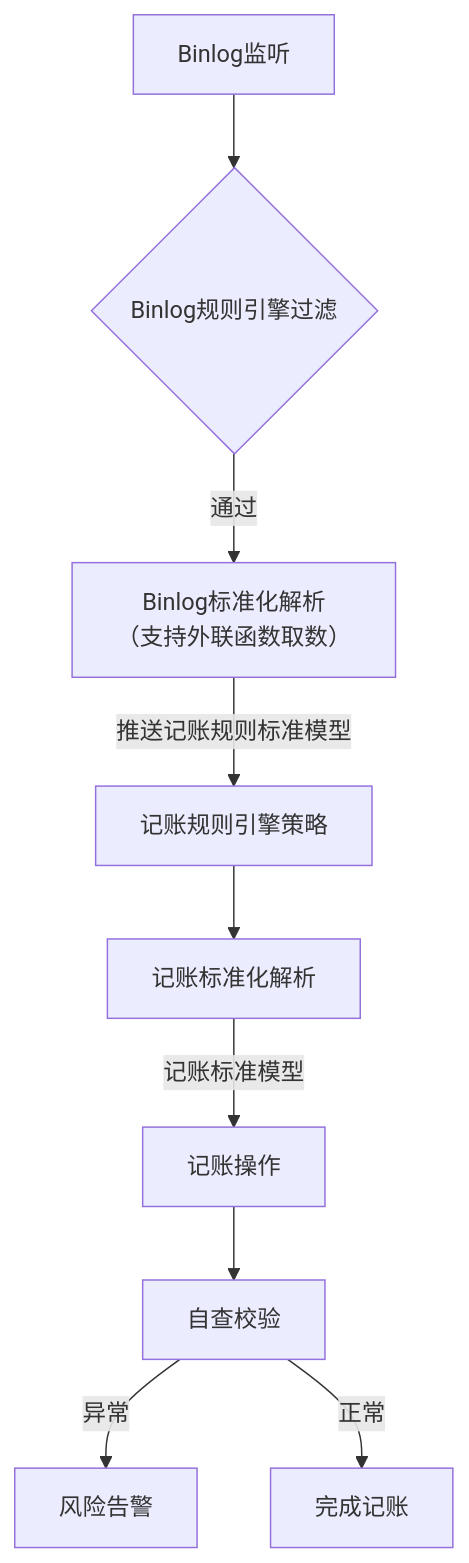
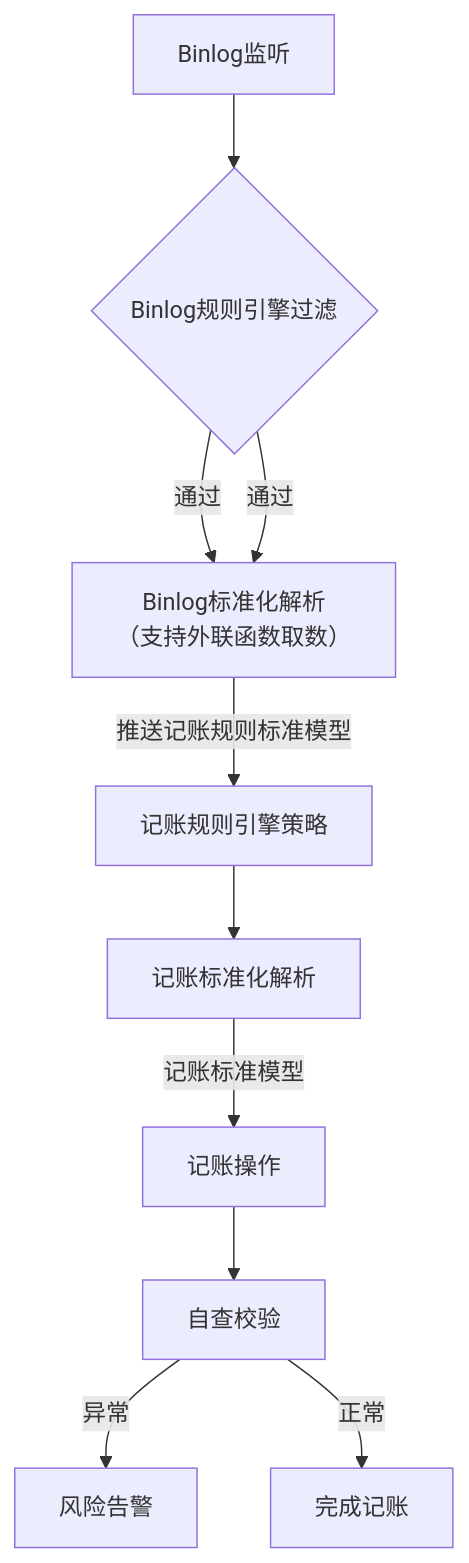
The diagram in all/记账架构流程图.md (87828943/iodraw-files), drawn with Mermaid before and after one commit.

Commit message:
2025-07-07 14:53:06 update

````diff
--- a/all/记账架构流程图.md
+++ b/all/记账架构流程图.md
@@ -1,12 +1,14 @@
 ```mermaid
 graph TD
     A[Binlog监听] --> B{Binlog规则引擎过滤}
+    B -->|通过| C[Binlog标准化解析
+    （支持外联函数取数）]
     B -->|通过| C[Binlog标准化解析
     （支持外联函数取数）]
     C --> |推送记账规则标准模型|D[记账规则引擎策略]
     D --> E[记账标准化解析]
     E --> |记账标准模型|F[记账操作]
     F --> G[自查校验]
     G -->|异常| H[风险告警]
     G -->|正常| I[完成记账]
 ```
````
